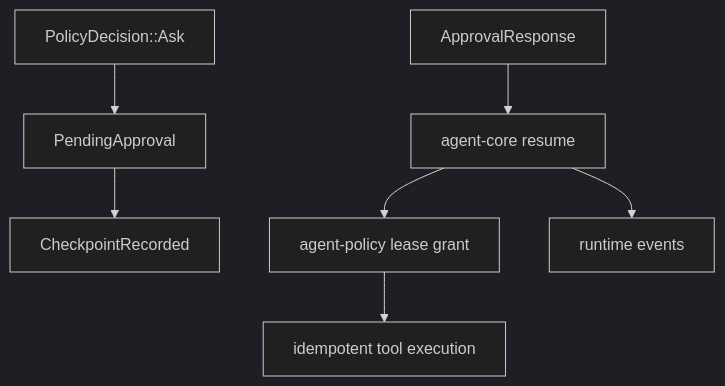
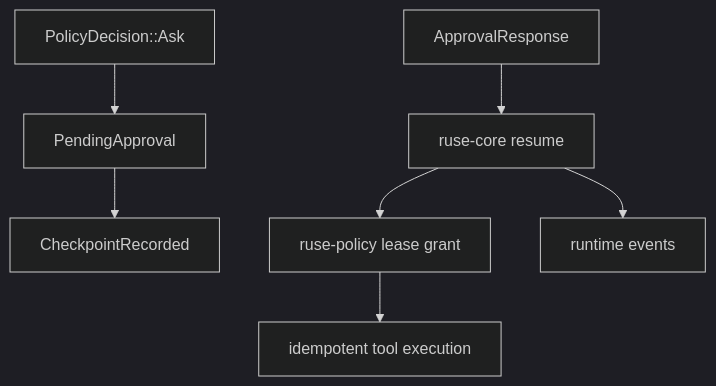
One commit to poneding/agent changed the diagram in docs/specs/M19-05-approval-resume-recovery.spec.md. Above: the diagram before and after it, drawn with Mermaid (dark theme). The commit also changed other lines of this file and 2091 other files, not shown here.

First line of the commit message:
refactor: rename agent branding to ruse

````diff
--- a/docs/specs/M19-05-approval-resume-recovery.spec.md
+++ b/docs/specs/M19-05-approval-resume-recovery.spec.md
@@ -33,9 +33,9 @@
 ```mermaid
 flowchart TD
   Ask["PolicyDecision::Ask"] --> Pending["PendingApproval"]
   Pending --> Checkpoint["CheckpointRecorded"]
-  Response["ApprovalResponse"] --> Core["agent-core resume"]
-  Core --> Lease["agent-policy lease grant"]
+  Response["ApprovalResponse"] --> Core["ruse-core resume"]
+  Core --> Lease["ruse-policy lease grant"]
   Lease --> Tool["idempotent tool execution"]
   Core --> Audit["runtime events"]
 ```
````
